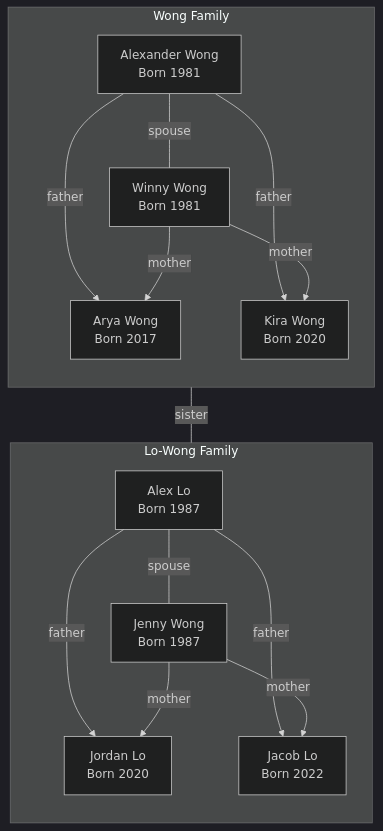
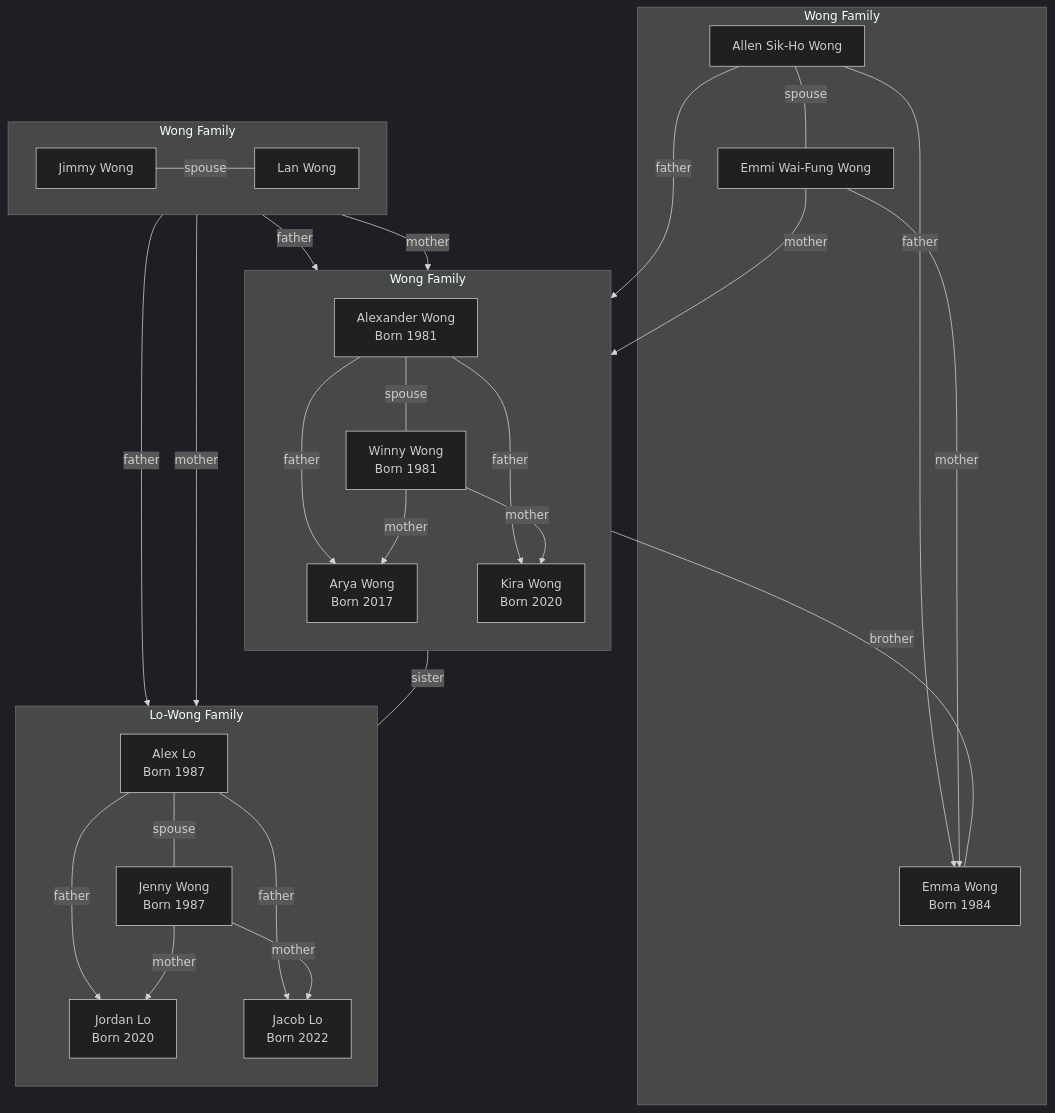
The diagram in data/tree.mmd (lexwon/Family-Tree), drawn with Mermaid (dark theme) before and after one commit.

Commit message:
Added extended family

```diff
--- a/data/tree.mmd
+++ b/data/tree.mmd
@@ -1,38 +1,64 @@
 flowchart TD
+    subgraph wong_ng_family["Wong Family"]
+        allen["Allen Sik-Ho Wong"]
+        emmi["Emmi Wai-Fung Wong"]
+        emma["Emma Wong<br/>Born 1984"]
+    end
+
     subgraph wong_family["Wong Family"]
         alexander["Alexander Wong<br/>Born 1981"]
         winny["Winny Wong<br/>Born 1981"]
         arya["Arya Wong<br/>Born 2017"]
         kira["Kira Wong<br/>Born 2020"]
 
         direction LR
         alexander ---|"spouse"| winny
 
         direction TB
         alexander -->|"father"| arya
         alexander -->|"father"| kira
 
         direction TB
         winny -->|"mother"| arya
         winny -->|"mother"| kira
     end
+
+    allen ---|"spouse"| emmi
+    allen -->|"father"| alexander
+    allen -->|"father"| emma
+    emmi -->|"mother"| alexander
+    emmi -->|"mother"| emma
+    alexander ---|"brother"| emma
+
+    subgraph wong_ho_family["Wong Family"]
+        jimmy["Jimmy Wong"]
+        lan["Lan Wong"]
+
+        direction LR
+        jimmy ---|"spouse"| lan
+    end
+
+    jimmy -->|"father"| winny
+    jimmy -->|"father"| jenny
+    lan -->|"mother"| winny
+    lan -->|"mother"| jenny
 
     subgraph lo_wong_family["Lo-Wong Family"]
         alex["Alex Lo<br/>Born 1987"]
         jenny["Jenny Wong<br/>Born 1987"]
         jordan["Jordan Lo<br/>Born 2020"]
         jacob["Jacob Lo<br/>Born 2022"]
 
         direction LR
         alex ---|"spouse"| jenny
 
         direction TB
         alex -->|"father"| jordan
         alex -->|"father"| jacob
         
         direction TB
         jenny -->|"mother"| jordan
         jenny -->|"mother"| jacob
     end
 
     winny ---|"sister"| jenny
```
